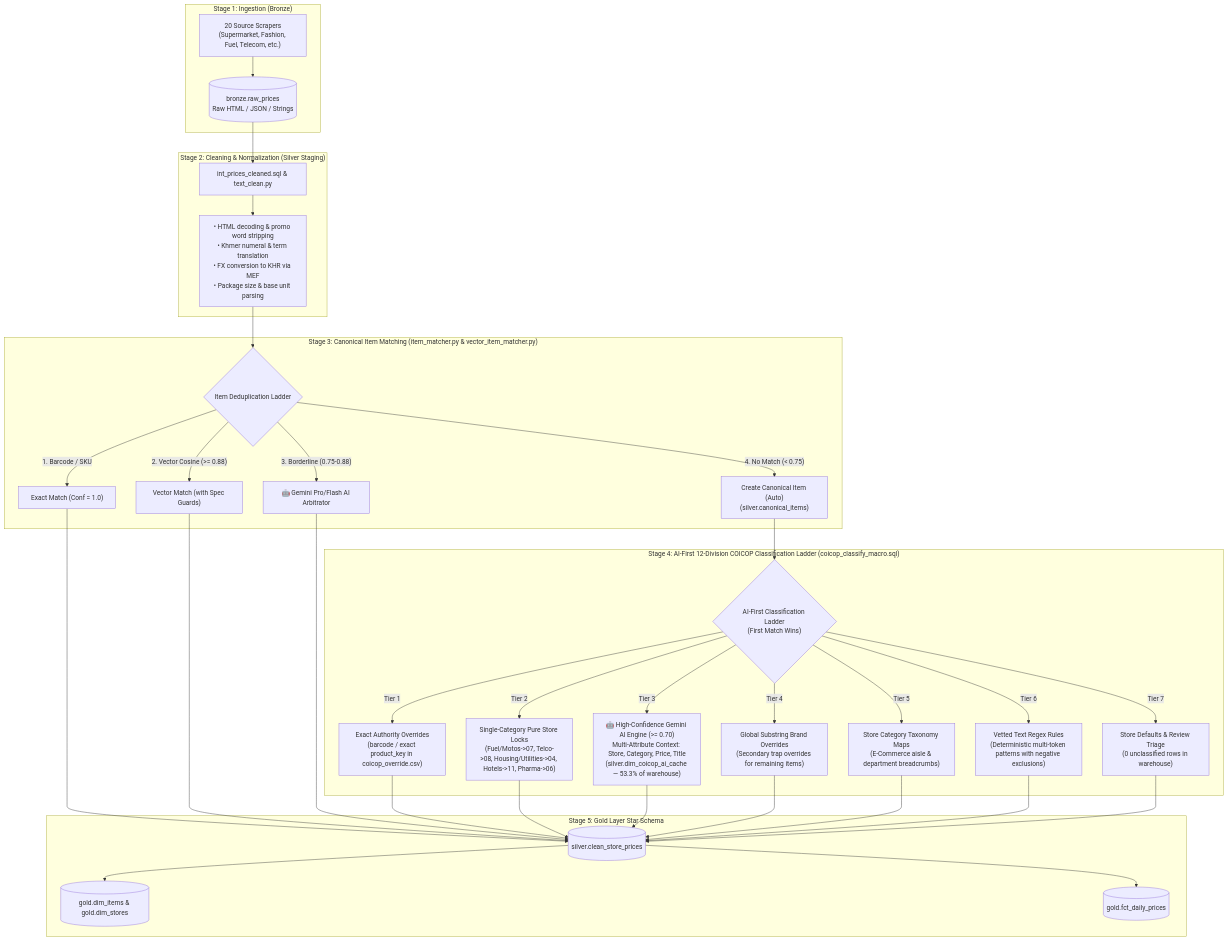
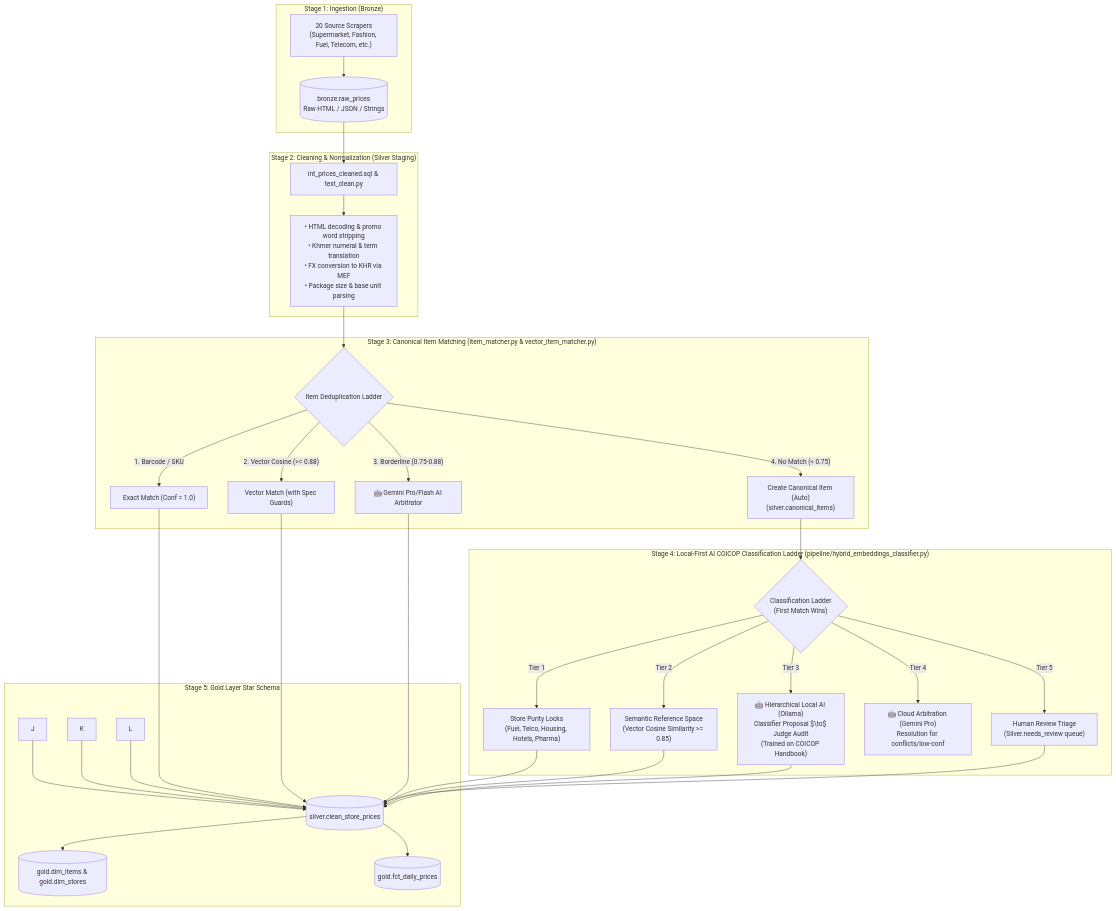
One commit to Korngmeng-Taing/Cambodia-cpi-pipeline changed the diagram in docs/PRODUCT_CLASSIFICATION_WORKFLOW.md. Above: the diagram before and after it, drawn with Mermaid. The commit also changed other lines of this file and 29 other files, not shown here.

````diff
--- a/docs/PRODUCT_CLASSIFICATION_WORKFLOW.md
+++ b/docs/PRODUCT_CLASSIFICATION_WORKFLOW.md
@@ -14,36 +14,35 @@
 ```mermaid
 flowchart TD
     subgraph S1["Stage 1: Ingestion (Bronze)"]
         A["20 Source Scrapers\n(Supermarket, Fashion, Fuel, Telecom, etc.)"] --> B[("bronze.raw_prices\nRaw HTML / JSON / Strings")]
     end
 
     subgraph S2["Stage 2: Cleaning & Normalization (Silver Staging)"]
         B --> C["int_prices_cleaned.sql & text_clean.py"]
         C --> C1["• HTML decoding & promo word stripping\n• Khmer numeral & term translation\n• FX conversion to KHR via MEF\n• Package size & base unit parsing"]
     end
 
     subgraph S3["Stage 3: Canonical Item Matching (item_matcher.py & vector_item_matcher.py)"]
         C1 --> D{"Item Deduplication Ladder"}
         D -- "1. Barcode / SKU" --> E["Exact Match (Conf = 1.0)"]
         D -- "2. Vector Cosine (>= 0.88)" --> F["Vector Match (with Spec Guards)"]
         D -- "3. Borderline (0.75-0.88)" --> F1["🤖 Gemini Pro/Flash AI Arbitrator"]
         D -- "4. No Match (< 0.75)" --> G["Create Canonical Item (Auto)\n(silver.canonical_items)"]
     end
 
-    subgraph S4["Stage 4: AI-First 12-Division COICOP Classification Ladder (coicop_classify_macro.sql)"]
-        G --> H{"AI-First Classification Ladder\n(First Match Wins)"}
-        H -- "Tier 1" --> I["Exact Authority Overrides\n(barcode / exact product_key in coicop_override.csv)"]
-        H -- "Tier 2" --> I2["Single-Category Pure Store Locks\n(Fuel/Motos->07, Telco->08, Housing/Utilities->04, Hotels->11, Pharma->06)"]
-        H -- "Tier 3" --> M["🤖 High-Confidence Gemini AI Engine (>= 0.70)\nMulti-Attribute Context: Store, Category, Price, Title\n(silver.dim_coicop_ai_cache — 53.3% of warehouse)"]
-        H -- "Tier 4" --> J["Global Substring Brand Overrides\n(Secondary trap overrides for remaining items)"]
-        H -- "Tier 5" --> K["Store Category Taxonomy Maps\n(E-Commerce aisle & department breadcrumbs)"]
-        H -- "Tier 6" --> L["Vetted Text Regex Rules\n(Deterministic multi-token patterns with negative exclusions)"]
-        H -- "Tier 7" --> N["Store Defaults & Review Triage\n(0 unclassified rows in warehouse)"]
+    subgraph S4["Stage 4: Local-First AI COICOP Classification Ladder (pipeline/hybrid_embeddings_classifier.py)"]
+        G --> H{"Classification Ladder\n(First Match Wins)"}
+        H -- "Tier 1" --> I["Store Purity Locks\n(Fuel, Telco, Housing, Hotels, Pharma)"]
+        H -- "Tier 2" --> I2["Semantic Reference Space\n(Vector Cosine Similarity >= 0.85)"]
+        H -- "Tier 3" --> M["🤖 Hierarchical Local AI (Ollama)\nClassifier Proposal $\to$ Judge Audit\n(Trained on COICOP Handbook)"]
+        H -- "Tier 4" --> M1["🤖 Cloud Arbitration (Gemini Pro)\nResolution for conflicts/low-conf"]
+        H -- "Tier 5" --> N["Human Review Triage\n(Silver.needs_review queue)"]
     end
+
 
     subgraph S7["Stage 5: Gold Layer Star Schema"]
         E & F & F1 & I & I2 & M & J & K & L & N --> T[("silver.clean_store_prices")]
         T --> U[("gold.dim_items & gold.dim_stores")]
         T --> V[("gold.fct_daily_prices")]
     end
 ```
````
